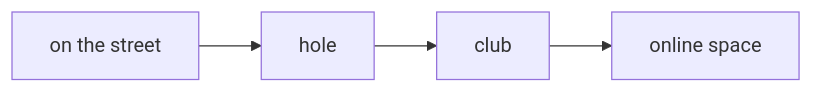
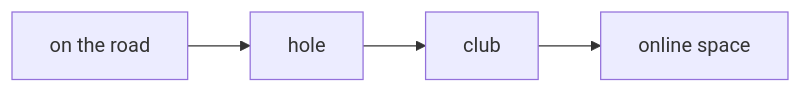
One commit to monumental-movement/monumental-movement.github.io changed the third of 3 diagrams in en/_posts/2026-02-06-column-music-urban-space.md. Above: the diagram before and after it, drawn with Mermaid. The commit also changed other lines of this file and 334 other files, not shown here.

```diff
--- a/en/_posts/2026-02-06-column-music-urban-space.md
+++ b/en/_posts/2026-02-06-column-music-urban-space.md
@@ -213,6 +213,6 @@
 <div class="mermaid">
 flowchart LR
-A[on the street] --> B[hole]
+A[on the road] --> B[hole]
 B --> C[club]
 C --> D[online space]
 </div>
```
